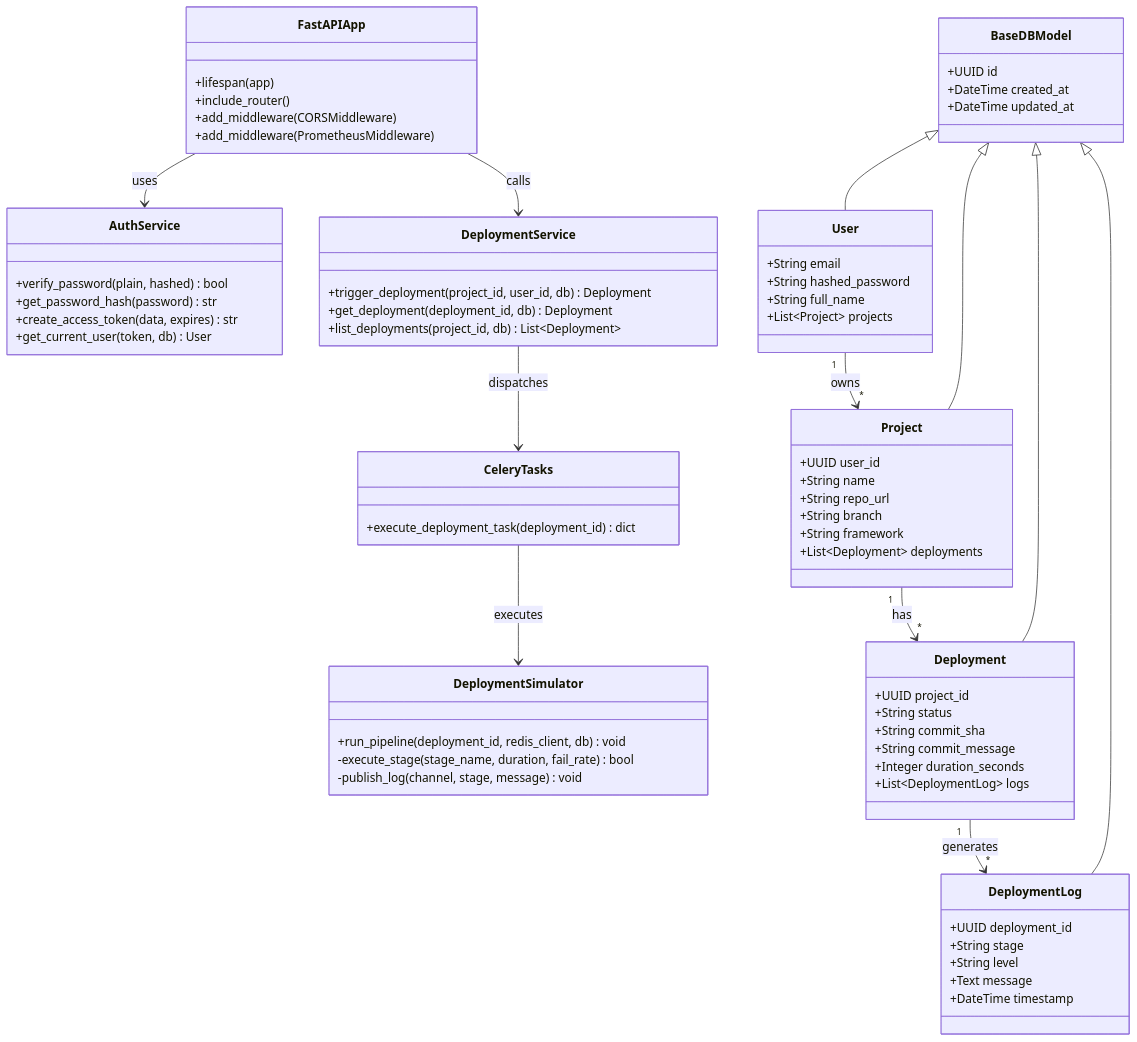
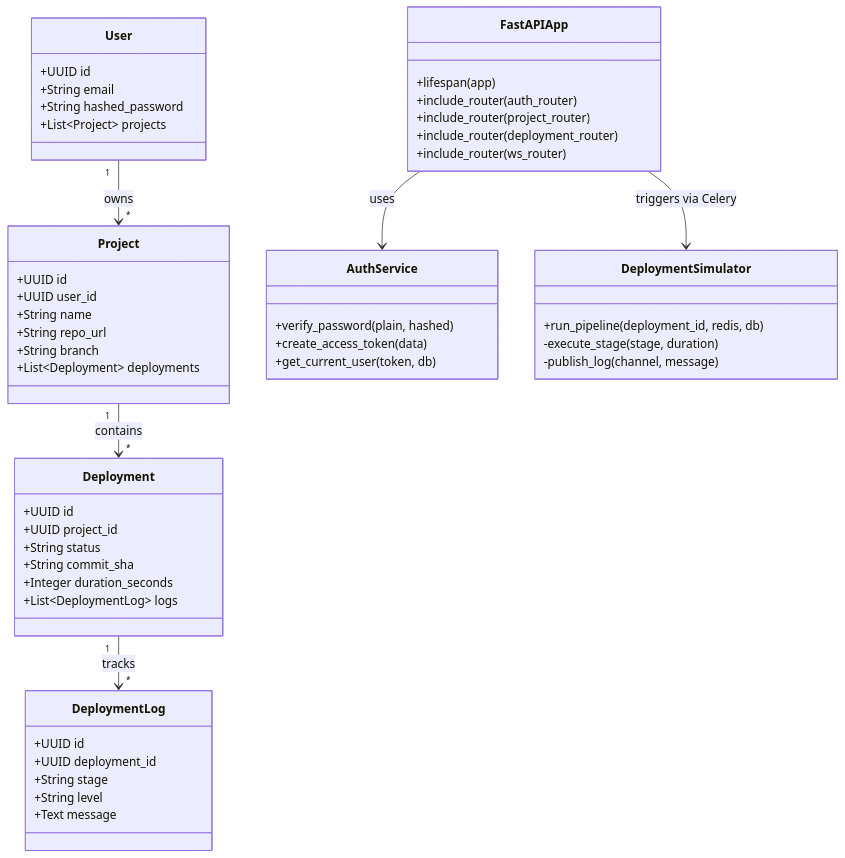
Before and after one commit to satviashwin369-creator/StackForge: the second of 9 diagrams in docs/Architecture.md, drawn with Mermaid. The commit also changed other lines of this file and 10 other files, not shown here.

Commit message:
docs(arch): embed 9 standalone high-res visual SVG diagrams and remove duplicate sections

````diff
--- a/docs/Architecture.md
+++ b/docs/Architecture.md
@@ -162,84 +123,61 @@
 classDiagram
     class FastAPIApp {
         +lifespan(app)
-        +include_router()
-        +add_middleware(CORSMiddleware)
-        +add_middleware(PrometheusMiddleware)
-    }
-
-    class BaseDBModel {
-        +UUID id
-        +DateTime created_at
-        +DateTime updated_at
+        +include_router(auth_router)
+        +include_router(project_router)
+        +include_router(deployment_router)
+        +include_router(ws_router)
     }
 
     class User {
+        +UUID id
         +String email
         +String hashed_password
-        +String full_name
         +List~Project~ projects
     }
 
     class Project {
+        +UUID id
         +UUID user_id
         +String name
         +String repo_url
         +String branch
-        +String framework
         +List~Deployment~ deployments
     }
 
     class Deployment {
+        +UUID id
         +UUID project_id
         +String status
         +String commit_sha
-        +String commit_message
         +Integer duration_seconds
         +List~DeploymentLog~ logs
     }
 
     class DeploymentLog {
+        +UUID id
         +UUID deployment_id
         +String stage
         +String level
         +Text message
-        +DateTime timestamp
     }
 
     class AuthService {
-        +verify_password(plain, hashed) bool
-        +get_password_hash(password) str
-        +create_access_token(data, expires) str
-        +get_current_user(token, db) User
-    }
-
-    class DeploymentService {
-        +trigger_deployment(project_id, user_id, db) Deployment
-        +get_deployment(deployment_id, db) Deployment
-        +list_deployments(project_id, db) List~Deployment~
+        +verify_password(plain, hashed)
+        +create_access_token(data)
+        +get_current_user(token, db)
     }
 
     class DeploymentSimulator {
-        +run_pipeline(deployment_id, redis_client, db) void
-        -execute_stage(stage_name, duration, fail_rate) bool
-        -publish_log(channel, stage, message) void
+        +run_pipeline(deployment_id, redis, db)
+        -execute_stage(stage, duration)
+        -publish_log(channel, message)
     }
 
-    class CeleryTasks {
-        +execute_deployment_task(deployment_id) dict
-    }
-
-    BaseDBModel <|-- User
-    BaseDBModel <|-- Project
-    BaseDBModel <|-- Deployment
-    BaseDBModel <|-- DeploymentLog
-
     User "1" --> "*" Project : owns
-    Project "1" --> "*" Deployment : has
-    Deployment "1" --> "*" DeploymentLog : generates
+    Project "1" --> "*" Deployment : contains
+    Deployment "1" --> "*" DeploymentLog : tracks
 
     FastAPIApp --> AuthService : uses
-    FastAPIApp --> DeploymentService : calls
-    DeploymentService --> CeleryTasks : dispatches
-    CeleryTasks --> DeploymentSimulator : executes
+    FastAPIApp --> DeploymentSimulator : triggers via Celery
 ```
````
